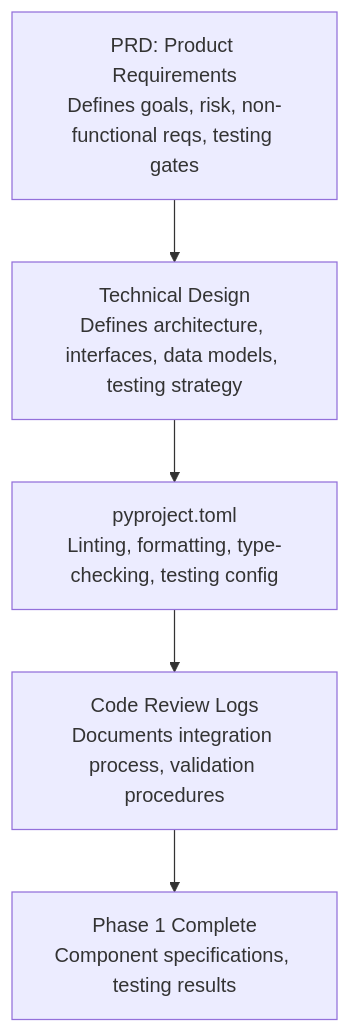
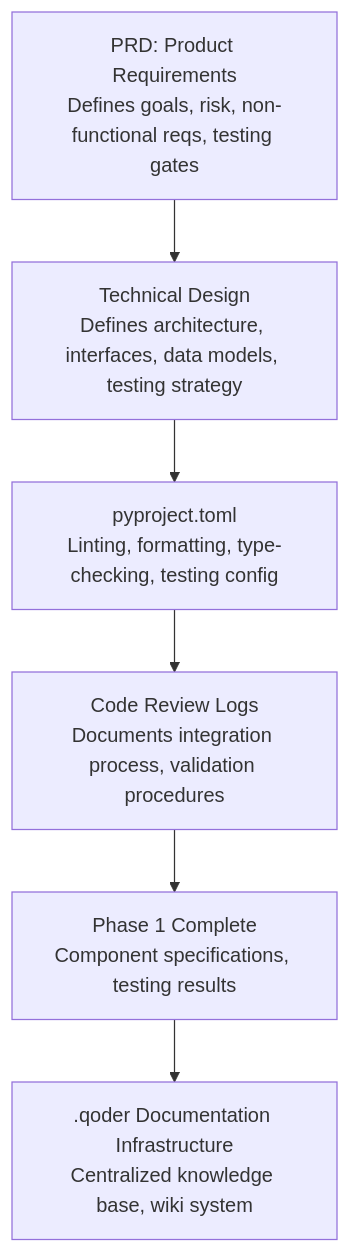
The second of 8 diagrams in .qoder/repowiki/en/content/Development Guidelines.md (guofeng201507/shark-quant-trader), drawn with Mermaid before and after one commit. The commit also changed other lines of this file and 14 other files, not shown here.

Commit message:
Update project wiki: add Phase 5-7 documentation

````diff
--- a/.qoder/repowiki/en/content/Development Guidelines.md
+++ b/.qoder/repowiki/en/content/Development Guidelines.md
@@ -45,12 +125,14 @@
 ```mermaid
 graph TB
 PRD["PRD: Product Requirements<br/>Defines goals, risk, non-functional reqs, testing gates"]
 TDD["Technical Design<br/>Defines architecture, interfaces, data models, testing strategy"]
 PYCONF["pyproject.toml<br/>Linting, formatting, type-checking, testing config"]
 CRL["Code Review Logs<br/>Documents integration process, validation procedures"]
 PH1["Phase 1 Complete<br/>Component specifications, testing results"]
+QODER[".qoder Documentation Infrastructure<br/>Centralized knowledge base, wiki system"]
 PRD --> TDD
 TDD --> PYCONF
 PYCONF --> CRL
 CRL --> PH1
+PH1 --> QODER
 ```
````
